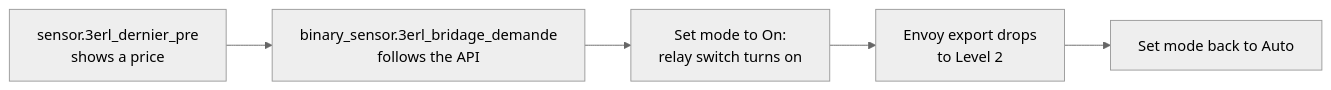
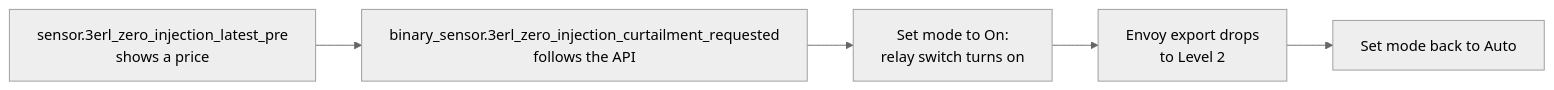
Before and after one commit to gounick/ha-zero-inject-3erl: the diagram in docs/how-to/install-and-configure.md, drawn with Mermaid (neutral theme). The commit also changed other lines of this file and 13 other files, not shown here.

````diff
--- a/docs/how-to/install-and-configure.md
+++ b/docs/how-to/install-and-configure.md
@@ -54,7 +55,7 @@
 ```mermaid
 flowchart LR
-    A["sensor.3erl_dernier_pre<br/>shows a price"] --> B["binary_sensor.3erl_bridage_demande<br/>follows the API"]
+    A["sensor.3erl_zero_injection_latest_pre<br/>shows a price"] --> B["binary_sensor.3erl_zero_injection_curtailment_requested<br/>follows the API"]
     B --> C["Set mode to On:<br/>relay switch turns on"]
     C --> D["Envoy export drops<br/>to Level 2"]
     D --> E["Set mode back to Auto"]
 ```
````
